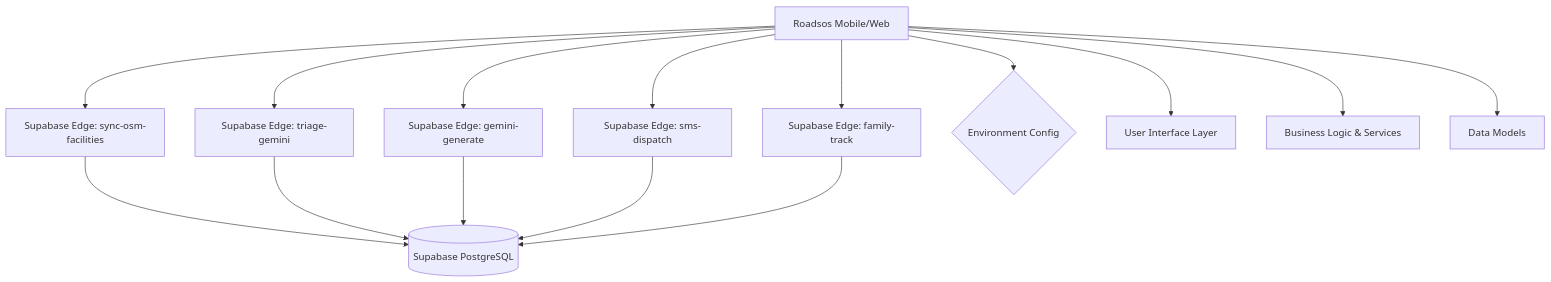
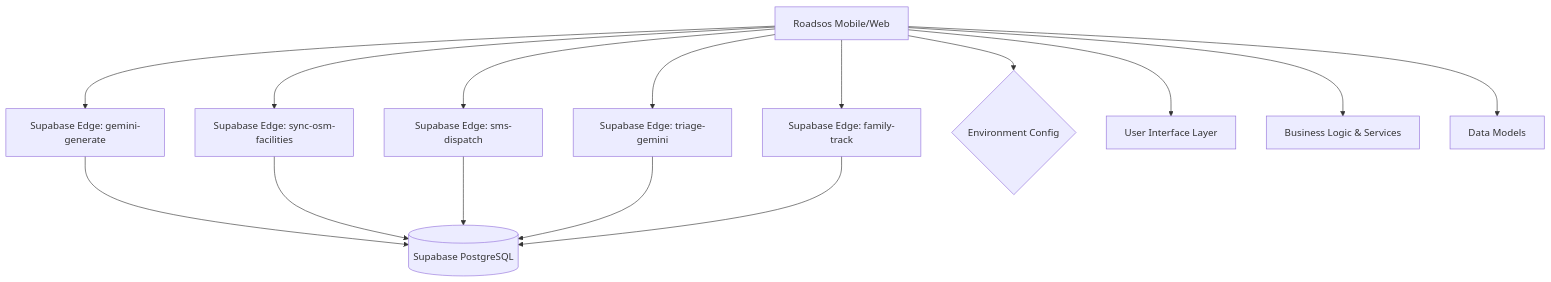
One commit to NITISH-R-G/RoadSOS changed the first of 2 diagrams in docs/architecture/architecture.md. Above: the diagram before and after it, drawn with Mermaid. The commit also changed other lines of this file and 2 other files, not shown here.

Commit message:
docs: auto-update architecture, diagrams, and README

````diff
--- a/docs/architecture/architecture.md
+++ b/docs/architecture/architecture.md
@@ -5,18 +5,18 @@
 ```mermaid
 graph TD
     Client[Roadsos Mobile/Web] 
+    Client --> Function_gemini_generate[Supabase Edge: gemini-generate]
+    Function_gemini_generate --> SupabaseDB[(Supabase PostgreSQL)]
     Client --> Function_sync_osm_facilities[Supabase Edge: sync-osm-facilities]
     Function_sync_osm_facilities --> SupabaseDB[(Supabase PostgreSQL)]
+    Client --> Function_sms_dispatch[Supabase Edge: sms-dispatch]
+    Function_sms_dispatch --> SupabaseDB[(Supabase PostgreSQL)]
     Client --> Function_triage_gemini[Supabase Edge: triage-gemini]
     Function_triage_gemini --> SupabaseDB[(Supabase PostgreSQL)]
-    Client --> Function_gemini_generate[Supabase Edge: gemini-generate]
-    Function_gemini_generate --> SupabaseDB[(Supabase PostgreSQL)]
-    Client --> Function_sms_dispatch[Supabase Edge: sms-dispatch]
-    Function_sms_dispatch --> SupabaseDB[(Supabase PostgreSQL)]
     Client --> Function_family_track[Supabase Edge: family-track]
     Function_family_track --> SupabaseDB[(Supabase PostgreSQL)]
     Client --> EnvVars{Environment Config}
     Client --> UI[User Interface Layer]
     Client --> Services[Business Logic & Services]
     Client --> Models[Data Models]
 ```
````
